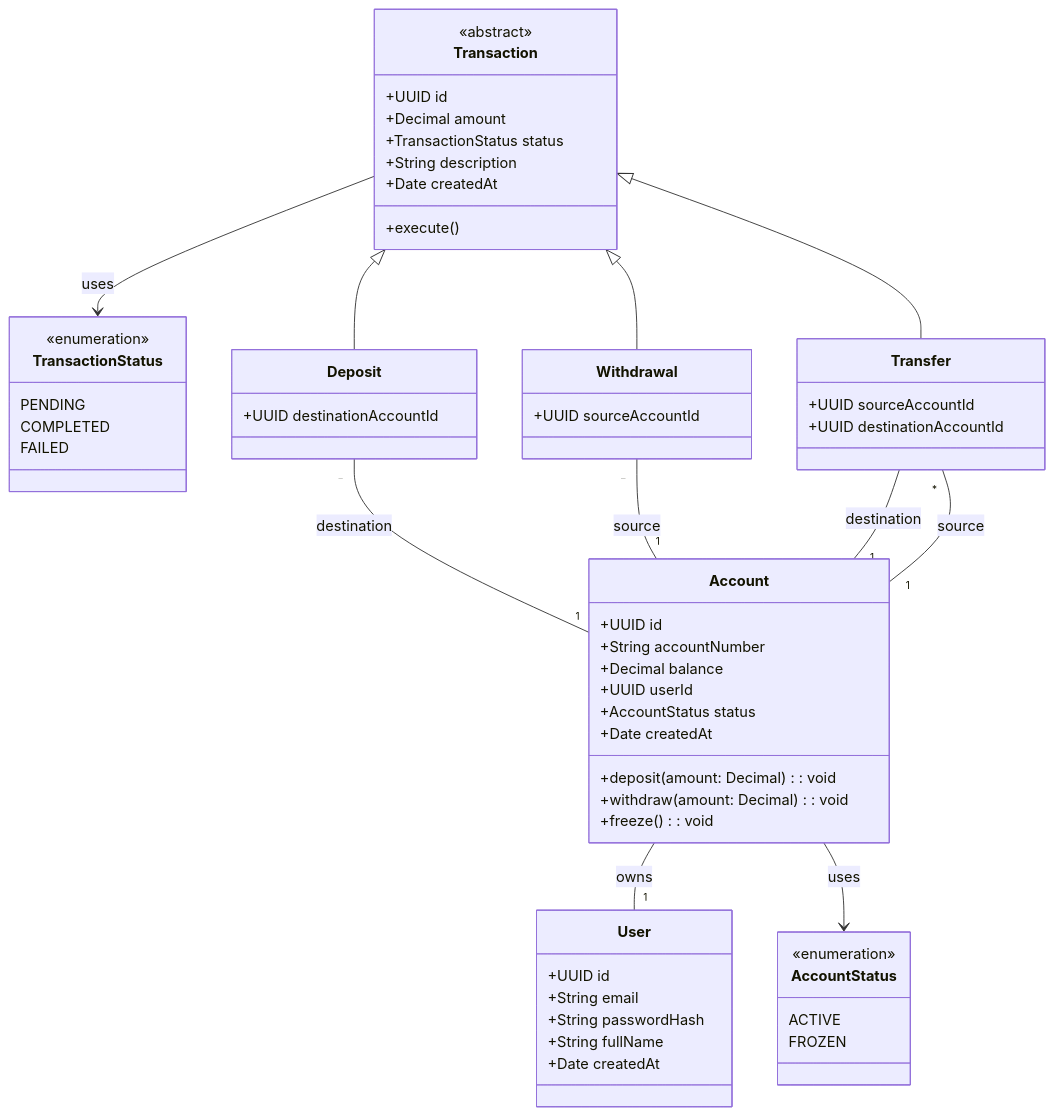
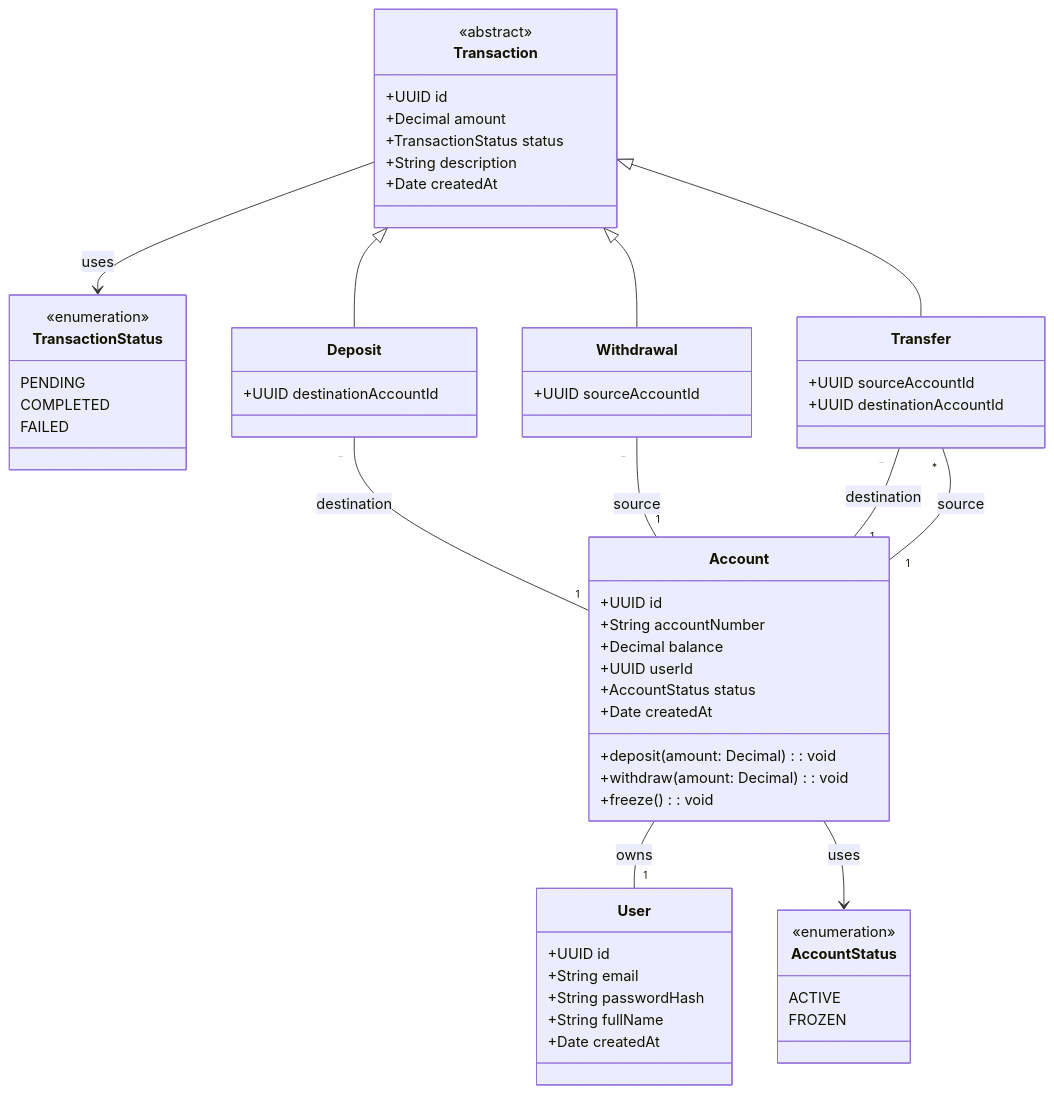
Before and after one commit to cesardiaz-utp/DevSeniorCode-CursoCleanArchitectureNode: the diagram in modulo0/SRS.md, drawn with Mermaid. The commit also changed 3 other files, not shown here.

````diff
--- a/modulo0/SRS.md
+++ b/modulo0/SRS.md
@@ -167,70 +167,69 @@
 ```mermaid
 classDiagram
     class AccountStatus {
         <<enumeration>>
         ACTIVE
         FROZEN
     }
 
     class TransactionStatus {
         <<enumeration>>
         PENDING
         COMPLETED
         FAILED
     }
 
     class User {
         +UUID id
         +String email
         +String passwordHash
         +String fullName
         +Date createdAt
     }
 
     class Account {
         +UUID id
         +String accountNumber
         +Decimal balance
         +UUID userId
         +AccountStatus status
         +Date createdAt
         +deposit(amount: Decimal): void
         +withdraw(amount: Decimal): void
         +freeze(): void
     
     }
 
     class Deposit {
         +UUID destinationAccountId
     }
 
     class Withdrawal {
         +UUID sourceAccountId
     }
 
     class Transfer {
         +UUID sourceAccountId
         +UUID destinationAccountId
     }
 
     class Transaction {
         <<abstract>>
         +UUID id
         +Decimal amount
         +TransactionStatus status
         +String description
         +Date createdAt
-        +execute()
     }
 
     Account "_" -- "1" User : owns
     Transaction <|-- Deposit
     Transaction <|-- Withdrawal
     Transaction <|-- Transfer
     Deposit "_" -- "1" Account: destination
     Withdrawal "_" -- "1" Account: source
     Transfer "_" -- "1" Account: destination
     Transfer "*" -- "1" Account: source
     Account --> AccountStatus : uses
     Transaction --> TransactionStatus : uses
 ```
````
